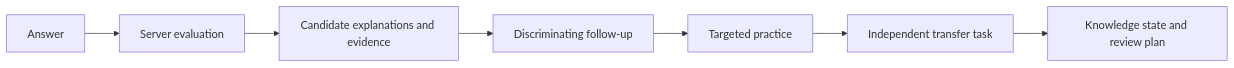
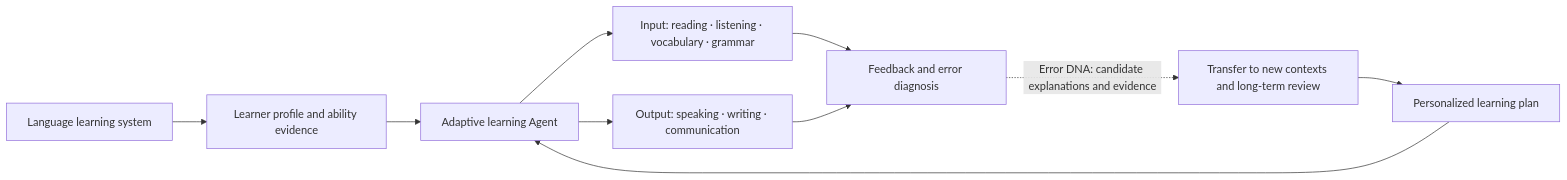
Before and after one commit to KaoruMiyagawa/UnlearnLoop: the first of 2 diagrams in README_EN.md, drawn with Mermaid. The commit also changed other lines of this file and 8 other files, not shown here.

Commit message:
docs: reposition VerbaTrail as an adaptive language learning system

````diff
--- a/README_EN.md
+++ b/README_EN.md
@@ -17,9 +19,12 @@
 ```mermaid
 flowchart LR
-    A[Answer] --> B[Server evaluation]
-    B --> C[Candidate explanations and evidence]
-    C --> D[Discriminating follow-up]
-    D --> E[Targeted practice]
-    E --> F[Independent transfer task]
-    F --> G[Knowledge state and review plan]
+    L[Language learning system] --> P[Learner profile and ability evidence]
+    P --> A[Adaptive learning Agent]
+    A --> I[Input: reading · listening · vocabulary · grammar]
+    A --> O[Output: speaking · writing · communication]
+    I --> F[Feedback and error diagnosis]
+    O --> F
+    F -. Error DNA: candidate explanations and evidence .-> T[Transfer to new contexts and long-term review]
+    T --> N[Personalized learning plan]
+    N --> A
 ```
````
